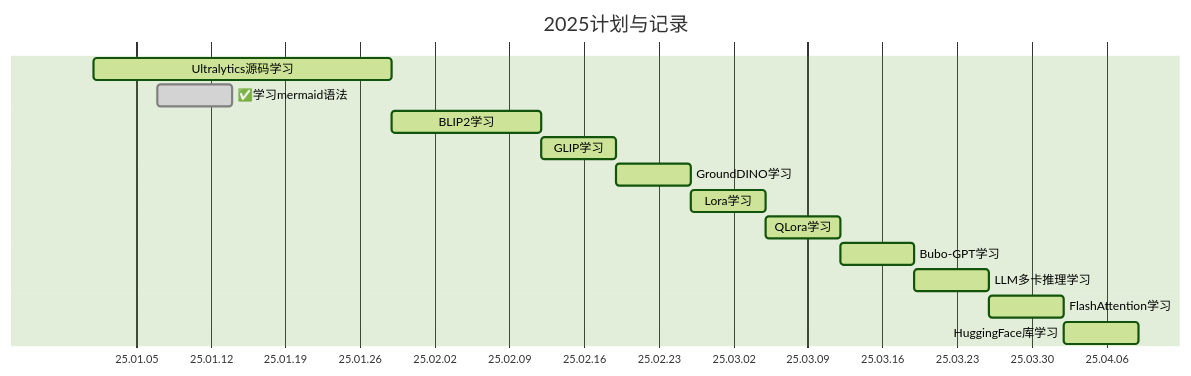
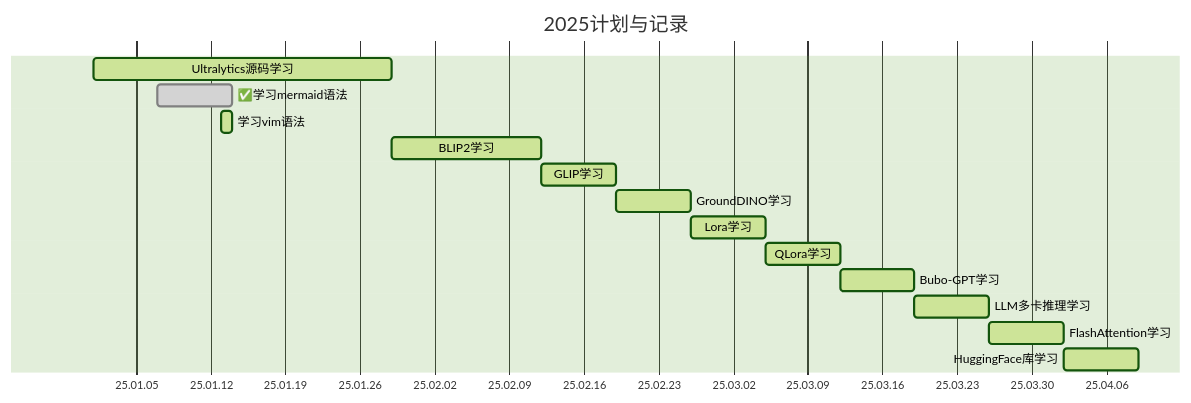
Before and after one commit to Le0v1n/Learning-Notebook-Codes: the first of 2 diagrams in README.md, drawn with Mermaid (forest theme). The commit also changed other lines of this file, not shown here.

````diff
--- a/README.md
+++ b/README.md
@@ -5,19 +5,20 @@
 ```mermaid
 gantt
 	dateFormat YY-MM-DD
 	axisFormat %y.%m.%d
 	% excludes weekends  # 不排除周末
 	title 2025计划与记录
 
 	Ultralytics源码学习: active, a1, 25-01-01, 4w
 	✅学习mermaid语法: done, 2025-01-07, 1w
+	学习vim语法: active, 2025-01-13, 1d
 	BLIP2学习: active, a2, after a1, 2w
 	GLIP学习: active, a3, after a2, 1w
 	GroundDINO学习: active, a4, after a3, 1w
 	Lora学习: active, a5, after a4, 1w
 	QLora学习: active, a6, after a5, 1w
 	Bubo-GPT学习: active, a7, after a6, 1w
 	LLM多卡推理学习: active, a8, after a7, 1w
 	FlashAttention学习: active, a9, after a8, 1w
 	HuggingFace库学习: active, a10, after a9, 1w
 ```
````
